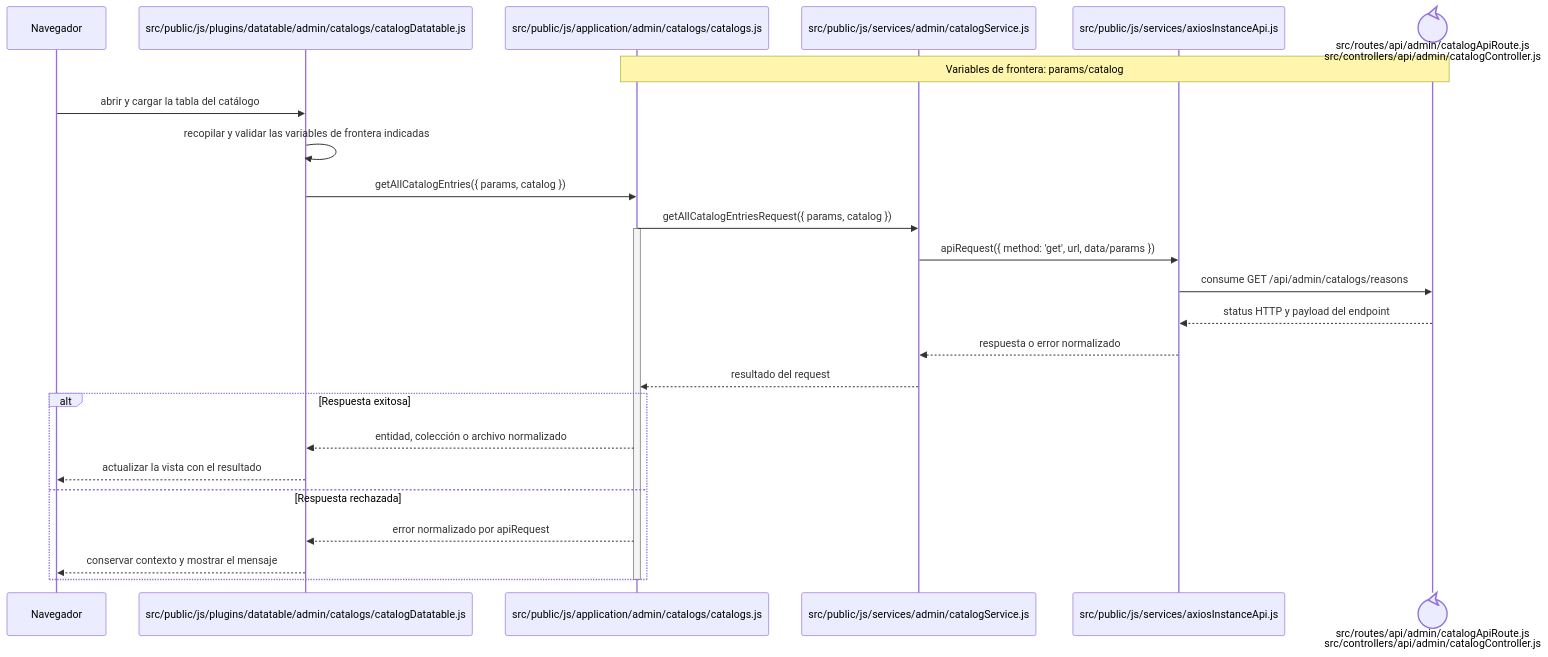
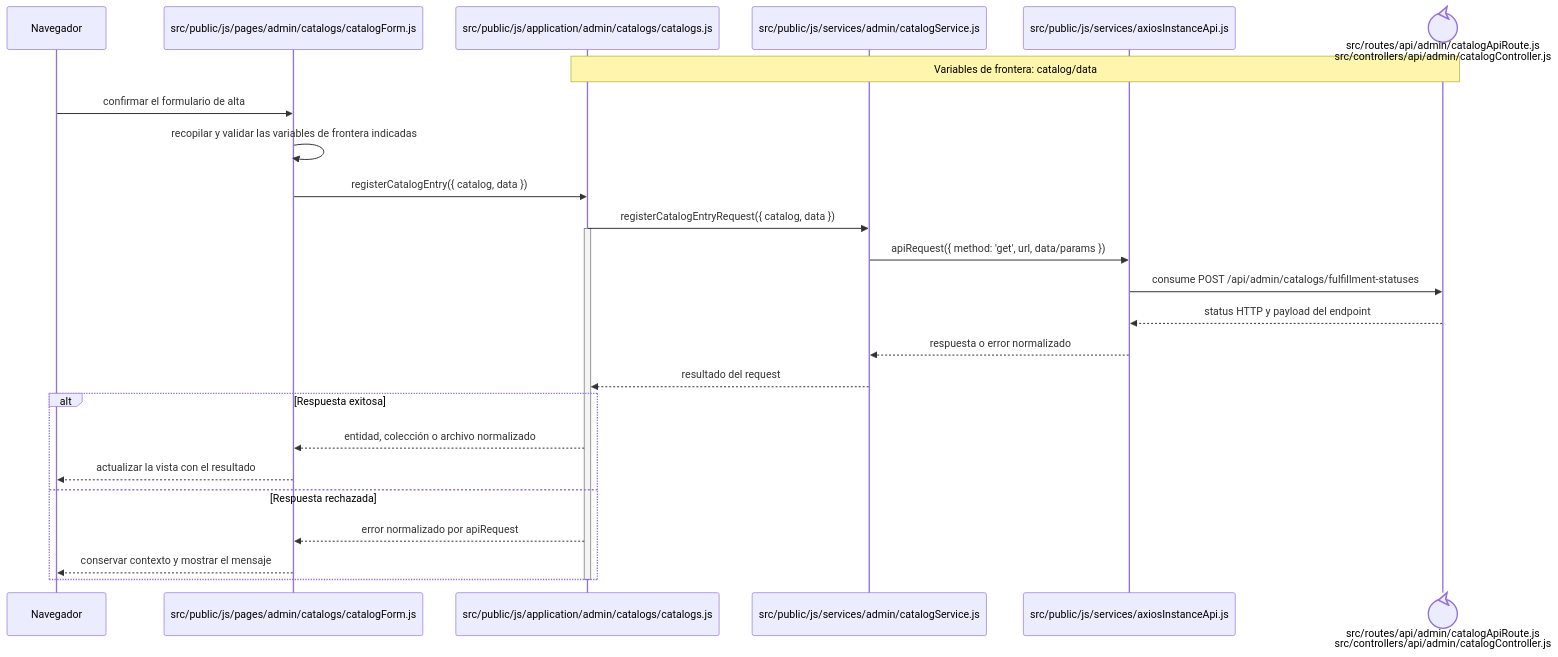
One commit to gpgsistemas01/nexus changed the diagram in docs/architecture/frontend-code-sequences/catalogs/cu-cat-43.md. Above: the diagram before and after it, drawn with Mermaid. The commit also changed other lines of this file and 126 other files, not shown here.

````diff
--- a/docs/architecture/frontend-code-sequences/catalogs/cu-cat-43.md
+++ b/docs/architecture/frontend-code-sequences/catalogs/cu-cat-43.md
@@ -6,29 +6,29 @@
 ```mermaid
 sequenceDiagram
     participant Browser as Navegador
-    participant View as src/public/js/plugins/datatable/admin/catalogs/catalogDatatable.js
+    participant View as src/public/js/pages/admin/catalogs/catalogForm.js
     participant Application as src/public/js/application/admin/catalogs/catalogs.js
     participant Request as src/public/js/services/admin/catalogService.js
     participant HTTP as src/public/js/services/axiosInstanceApi.js
     participant Transport@{ "type": "control" } as src/routes/api/admin/catalogApiRoute.js<br/>src/controllers/api/admin/catalogController.js
-    Note over Application,Transport: Variables de frontera: params/catalog
+    Note over Application,Transport: Variables de frontera: catalog/data
 
-    Browser->>View: abrir y cargar la tabla del catálogo
+    Browser->>View: confirmar el formulario de alta
     View->>View: recopilar y validar las variables de frontera indicadas
-    View->>Application: getAllCatalogEntries({ params, catalog })
-    Application->>Request: getAllCatalogEntriesRequest({ params, catalog })
+    View->>Application: registerCatalogEntry({ catalog, data })
+    Application->>Request: registerCatalogEntryRequest({ catalog, data })
     activate Application
     Request->>HTTP: apiRequest({ method: 'get', url, data/params })
-    HTTP->>Transport: consume GET /api/admin/catalogs/reasons
+    HTTP->>Transport: consume POST /api/admin/catalogs/fulfillment-statuses
     Transport-->>HTTP: status HTTP y payload del endpoint
     HTTP-->>Request: respuesta o error normalizado
     Request-->>Application: resultado del request
     alt Respuesta exitosa
         Application-->>View: entidad, colección o archivo normalizado
         View-->>Browser: actualizar la vista con el resultado
     else Respuesta rechazada
         Application-->>View: error normalizado por apiRequest
         View-->>Browser: conservar contexto y mostrar el mensaje
     end
     deactivate Application
 ```
````
